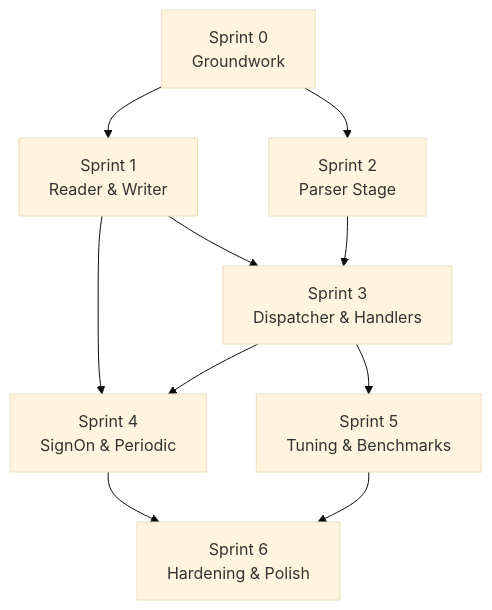
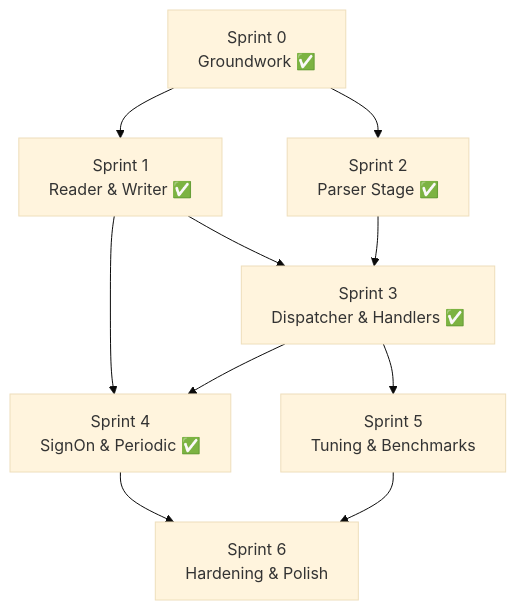
The diagram in tools/ISO8583Service/impl-sprints.md (nikmes/iso8583net), drawn with Mermaid (base theme) before and after one commit. The commit also changed other lines of this file and 12 other files, not shown here.

````diff
--- a/tools/ISO8583Service/impl-sprints.md
+++ b/tools/ISO8583Service/impl-sprints.md
@@ -151,12 +153,12 @@
 ```mermaid
 graph TD
-    S0["Sprint 0<br/>Groundwork"] --> S1["Sprint 1<br/>Reader & Writer"]
-    S0 --> S2["Sprint 2<br/>Parser Stage"]
-    S1 --> S3["Sprint 3<br/>Dispatcher & Handlers"]
+    S0["Sprint 0<br/>Groundwork ✅"] --> S1["Sprint 1<br/>Reader & Writer ✅"]
+    S0 --> S2["Sprint 2<br/>Parser Stage ✅"]
+    S1 --> S3["Sprint 3<br/>Dispatcher & Handlers ✅"]
     S2 --> S3
-    S1 --> S4["Sprint 4<br/>SignOn & Periodic"]
+    S1 --> S4["Sprint 4<br/>SignOn & Periodic ✅"]
     S3 --> S4
     S3 --> S5["Sprint 5<br/>Tuning & Benchmarks"]
     S4 --> S6["Sprint 6<br/>Hardening & Polish"]
     S5 --> S6
 ```
````
